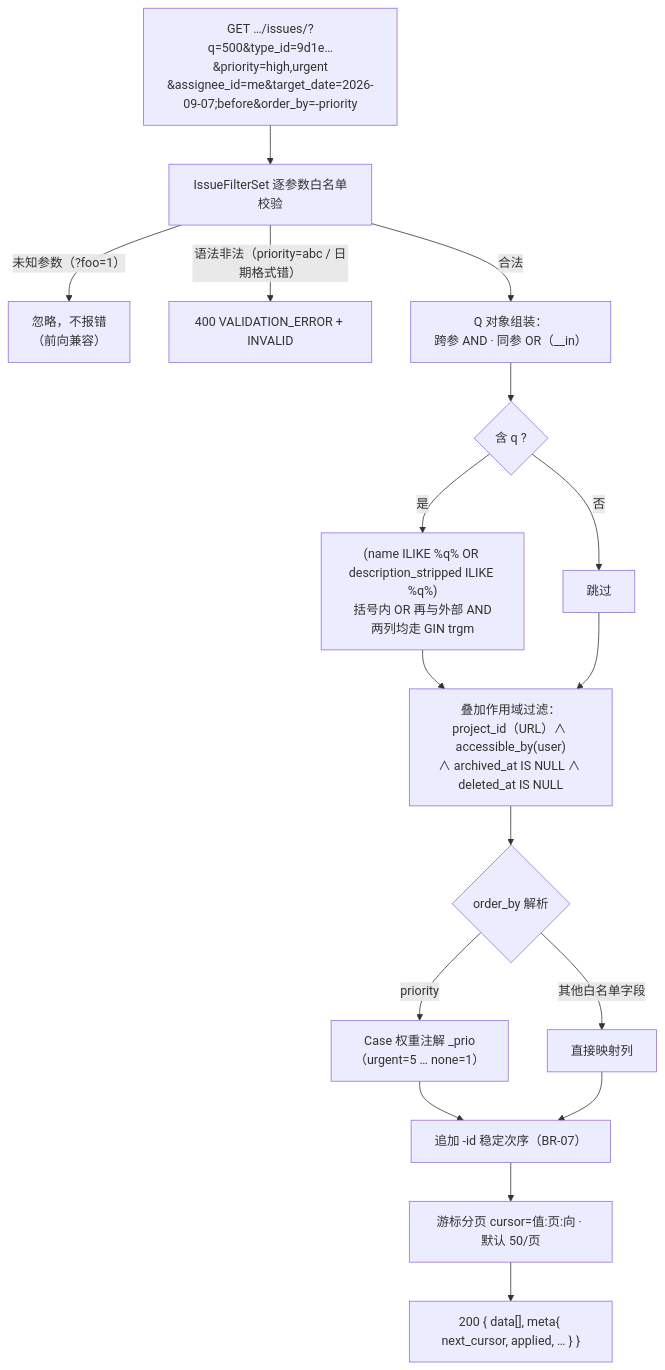
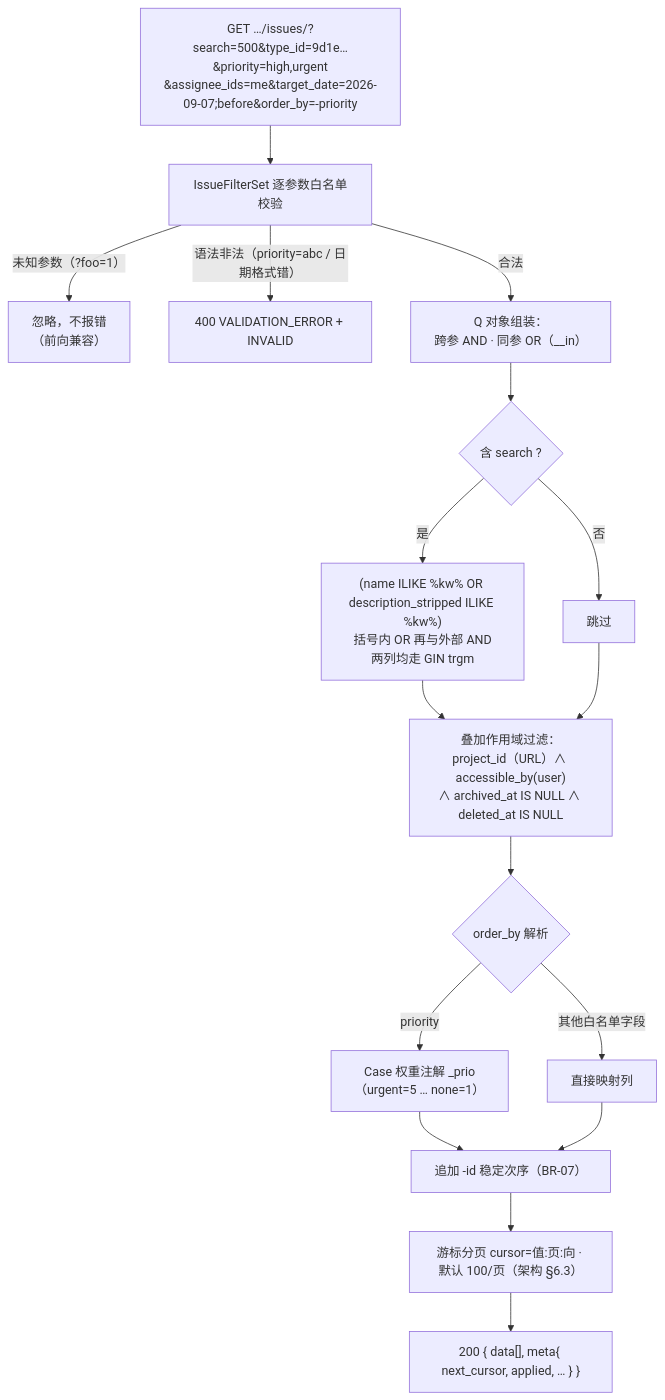
Before and after one commit to RabbitAI-Lab/RabbitProjects: the first of 3 diagrams in docs/sprint-1-mvp/TASK-003-list-filter-sort.md, drawn with Mermaid. The commit also changed other lines of this file and 11 other files, not shown here.

````diff
--- a/docs/sprint-1-mvp/TASK-003-list-filter-sort.md
+++ b/docs/sprint-1-mvp/TASK-003-list-filter-sort.md
@@ -106,19 +106,19 @@
 ```mermaid
 flowchart TD
-    A["GET …/issues/?q=500&type_id=9d1e…&priority=high,urgent<br/>&assignee_id=me&target_date=2026-09-07;before&order_by=-priority"] --> B["IssueFilterSet 逐参数白名单校验"]
+    A["GET …/issues/?search=500&type_id=9d1e…&priority=high,urgent<br/>&assignee_ids=me&target_date=2026-09-07;before&order_by=-priority"] --> B["IssueFilterSet 逐参数白名单校验"]
     B -- "未知参数（?foo=1）" --> B1["忽略，不报错<br/>（前向兼容）"]
     B -- "语法非法（priority=abc / 日期格式错）" --> B2["400 VALIDATION_ERROR + INVALID"]
     B -- "合法" --> C["Q 对象组装：<br/>跨参 AND · 同参 OR（__in）"]
-    C --> D{"含 q ?"}
-    D -- 是 --> E["(name ILIKE %q% OR description_stripped ILIKE %q%)<br/>括号内 OR 再与外部 AND<br/>两列均走 GIN trgm"]
+    C --> D{"含 search ?"}
+    D -- 是 --> E["(name ILIKE %kw% OR description_stripped ILIKE %kw%)<br/>括号内 OR 再与外部 AND<br/>两列均走 GIN trgm"]
     D -- 否 --> F["跳过"]
     E --> G["叠加作用域过滤：<br/>project_id（URL）∧ accessible_by(user)<br/>∧ archived_at IS NULL ∧ deleted_at IS NULL"]
     F --> G
     G --> H{"order_by 解析"}
     H -- priority --> H1["Case 权重注解 _prio<br/>（urgent=5 … none=1）"]
     H -- 其他白名单字段 --> H2["直接映射列"]
     H1 --> I["追加 -id 稳定次序（BR-07）"]
     H2 --> I
-    I --> J["游标分页 cursor=值:页:向 · 默认 50/页"]
+    I --> J["游标分页 cursor=值:页:向 · 默认 100/页（架构 §6.3）"]
     J --> K["200 { data[], meta{ next_cursor, applied, … } }"]
 ```
````
